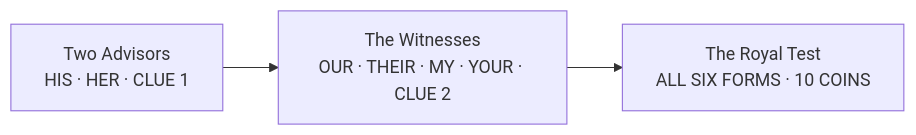
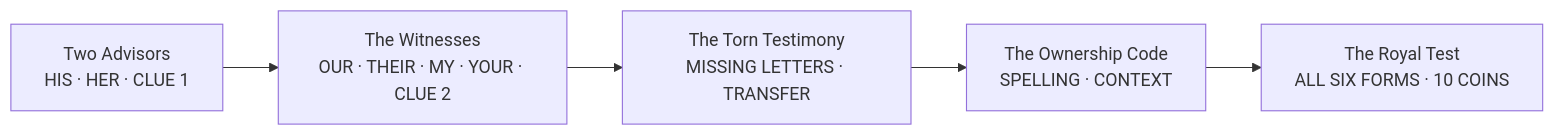
One commit to NeriDavid1/QuestSystem changed the diagram in questlines/the_royal_impostor/_graph.mmd. Above: the diagram before and after it, drawn with Mermaid. The commit also changed 21 other files, not shown here.

```diff
--- a/questlines/the_royal_impostor/_graph.mmd
+++ b/questlines/the_royal_impostor/_graph.mmd
@@ -1,6 +1,8 @@
 flowchart LR
   Q1["Two Advisors<br/>HIS · HER · CLUE 1"]
   Q2["The Witnesses<br/>OUR · THEIR · MY · YOUR · CLUE 2"]
-  Q3["The Royal Test<br/>ALL SIX FORMS · 10 COINS"]
+  Q3["The Torn Testimony<br/>MISSING LETTERS · TRANSFER"]
+  Q4["The Ownership Code<br/>SPELLING · CONTEXT"]
+  Q5["The Royal Test<br/>ALL SIX FORMS · 10 COINS"]
 
-  Q1 --> Q2 --> Q3
+  Q1 --> Q2 --> Q3 --> Q4 --> Q5
```
